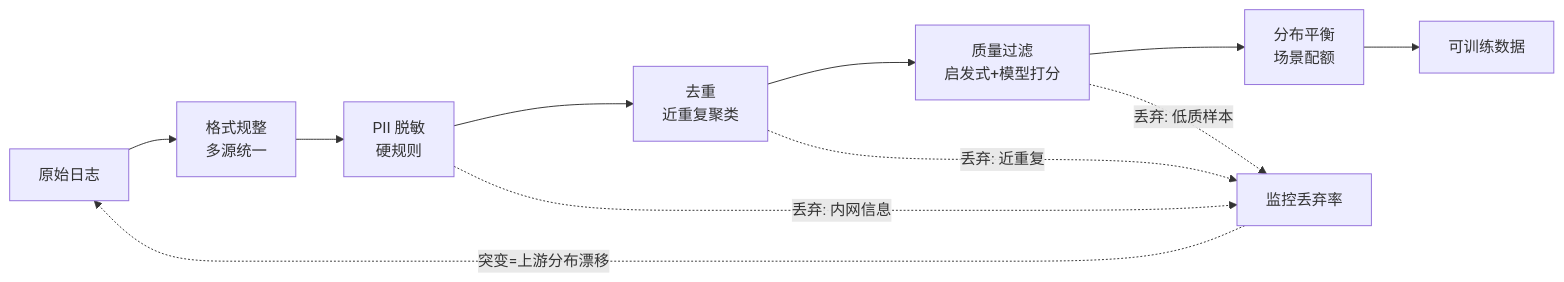
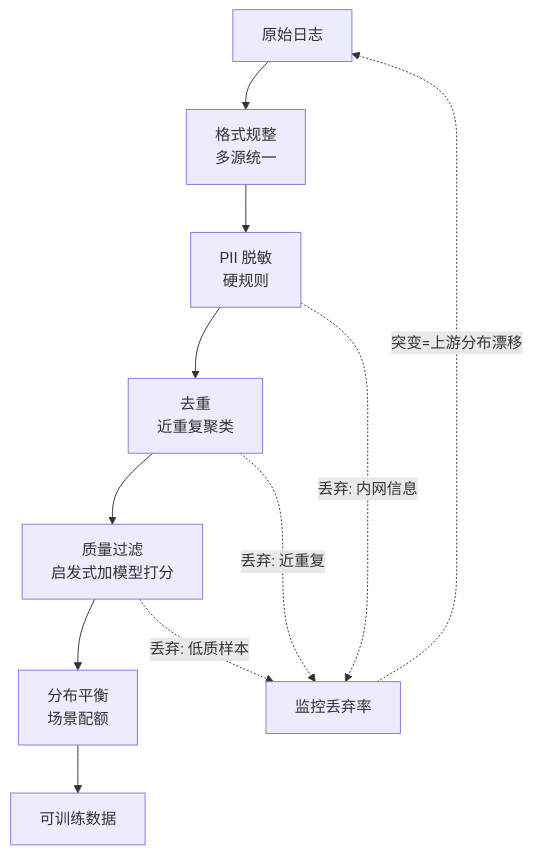
Before and after one commit to hub138/technical-knowledge: the first of 4 diagrams in vault/工程知识/AI 系统工程：从模型能力到生产能力/数据与MLOps/数据飞轮的工程闭环：日志回流清洗与标注.md, drawn with Mermaid. The commit also changed other lines of this file and 622 other files, not shown here.

````diff
--- a/vault/工程知识/AI 系统工程：从模型能力到生产能力/数据与MLOps/数据飞轮的工程闭环：日志回流清洗与标注.md
+++ b/vault/工程知识/AI 系统工程：从模型能力到生产能力/数据与MLOps/数据飞轮的工程闭环：日志回流清洗与标注.md
@@ -35,13 +43,13 @@
 ```mermaid
-flowchart LR
+flowchart TD
     R["原始日志"] --> F1["格式规整<br/>多源统一"]
     F1 --> F2["PII 脱敏<br/>硬规则"]
     F2 --> F3["去重<br/>近重复聚类"]
-    F3 --> F4["质量过滤<br/>启发式+模型打分"]
+    F3 --> F4["质量过滤<br/>启发式加模型打分"]
     F4 --> F5["分布平衡<br/>场景配额"]
     F5 --> T["可训练数据"]
     F2 -.丢弃: 内网信息.-> X1["监控丢弃率"]
     F3 -.丢弃: 近重复.-> X1
     F4 -.丢弃: 低质样本.-> X1
     X1 -.突变=上游分布漂移.-> R
 ```
````
